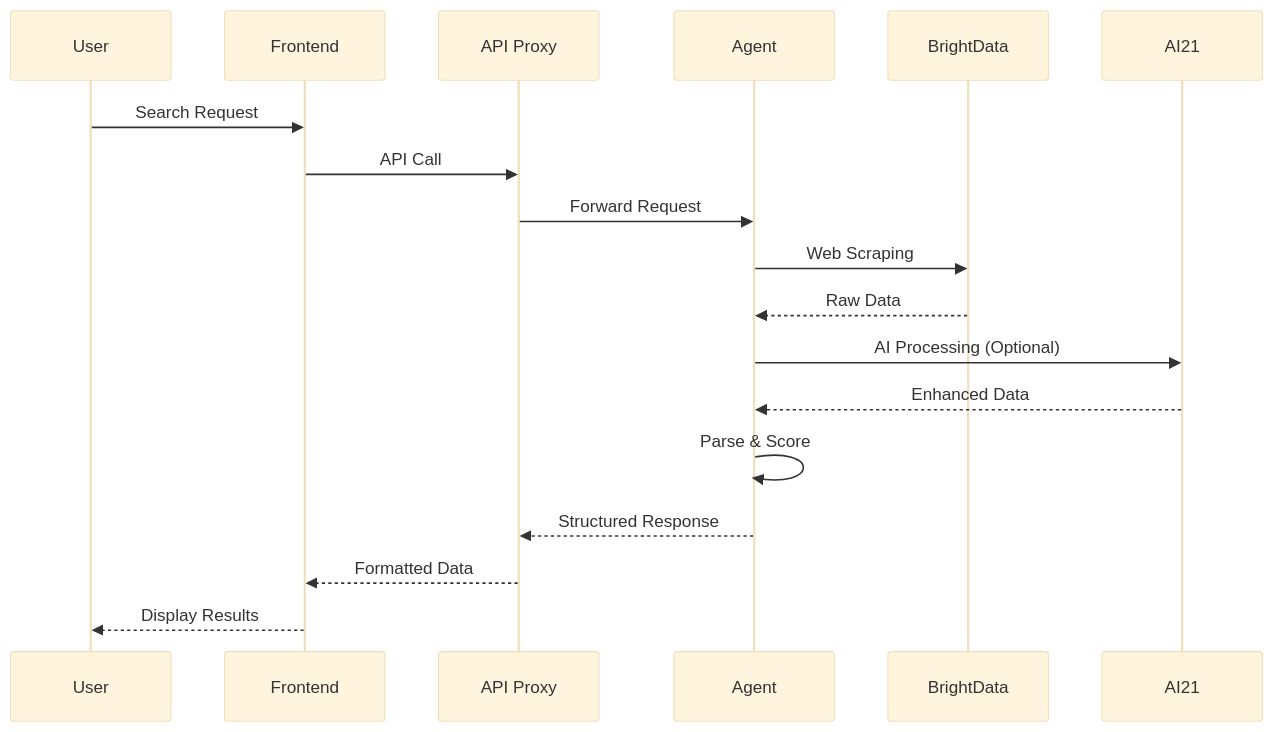
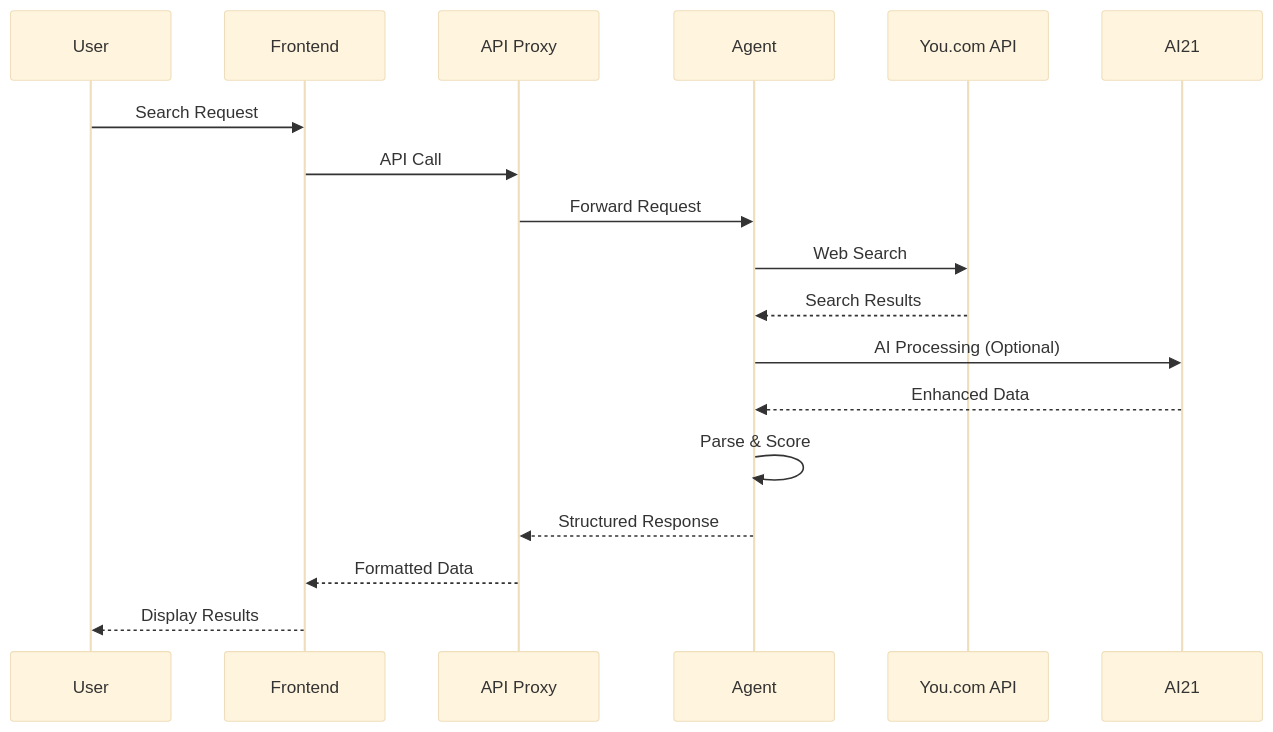
One commit to sakomws/prehacks changed the second of 3 diagrams in apps/travel/beacon/docs/architecture.md. Above: the diagram before and after it, drawn with Mermaid (base theme). The commit also changed other lines of this file and 191 other files, not shown here.

````diff
--- a/apps/travel/beacon/docs/architecture.md
+++ b/apps/travel/beacon/docs/architecture.md
@@ -168,21 +168,21 @@
 ```mermaid
 sequenceDiagram
     participant U as User
     participant UI as Frontend
     participant P as API Proxy
     participant A as Agent
-    participant BD as BrightData
+    participant YAPI as You.com API
     participant AI as AI21
     
     U->>UI: Search Request
     UI->>P: API Call
     P->>A: Forward Request
-    A->>BD: Web Scraping
-    BD-->>A: Raw Data
+    A->>YAPI: Web Search
+    YAPI-->>A: Search Results
     A->>AI: AI Processing (Optional)
     AI-->>A: Enhanced Data
     A->>A: Parse & Score
     A-->>P: Structured Response
     P-->>UI: Formatted Data
     UI-->>U: Display Results
 ```
````
